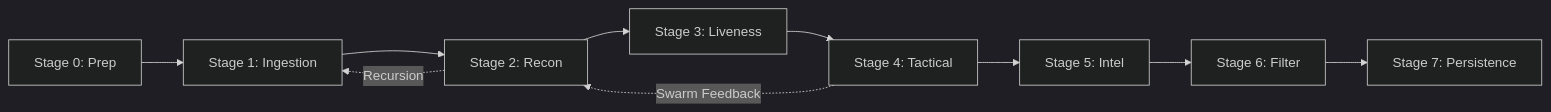
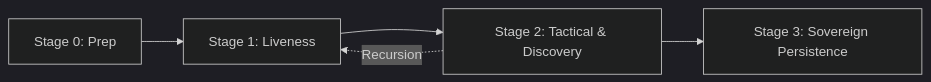
Before and after one commit to kripiman/OsintUltimate: the diagram in redteam_rust_core/DOCS/engine_core.md, drawn with Mermaid (dark theme). The commit also changed other lines of this file and 26 other files, not shown here.

````diff
--- a/redteam_rust_core/DOCS/engine_core.md
+++ b/redteam_rust_core/DOCS/engine_core.md
@@ -10,13 +10,8 @@
 ```mermaid
 graph LR
-    E0[Stage 0: Prep] --> E1[Stage 1: Ingestion]
-    E1 --> E2[Stage 2: Recon]
-    E2 --> E3[Stage 3: Liveness]
-    E3 --> E4[Stage 4: Tactical]
-    E4 --> E5[Stage 5: Intel]
-    E5 --> E6[Stage 6: Filter]
-    E6 --> E7[Stage 7: Persistence]
+    E0[Stage 0: Prep] --> E1[Stage 1: Liveness]
+    E1 --> E2[Stage 2: Tactical & Discovery]
+    E2 --> E3[Stage 3: Sovereign Persistence]
     
     E2 -.->|Recursion| E1
-    E4 -.->|Swarm Feedback| E2
 ```
````
